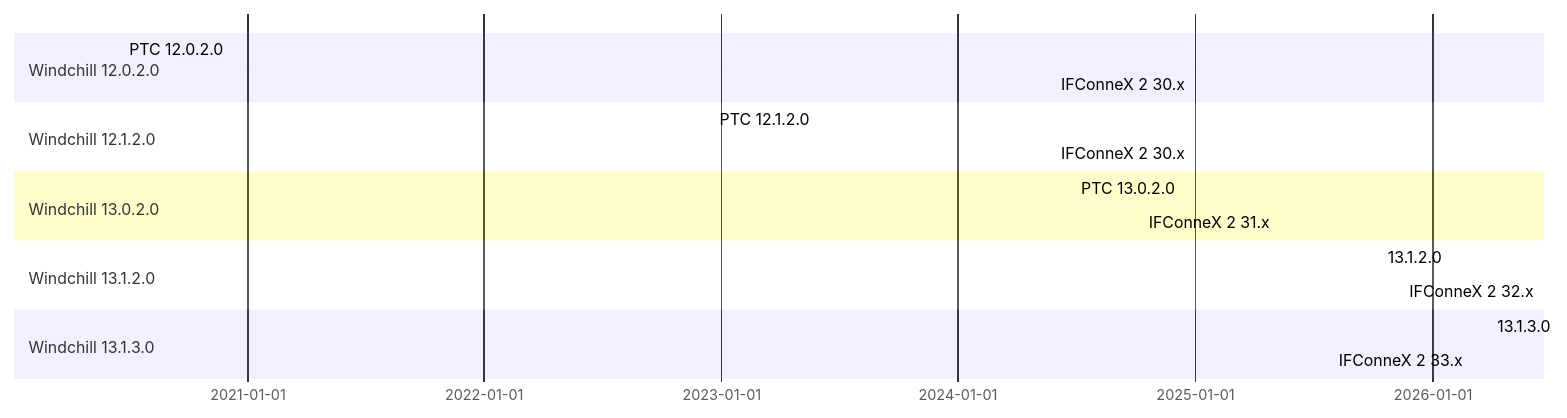
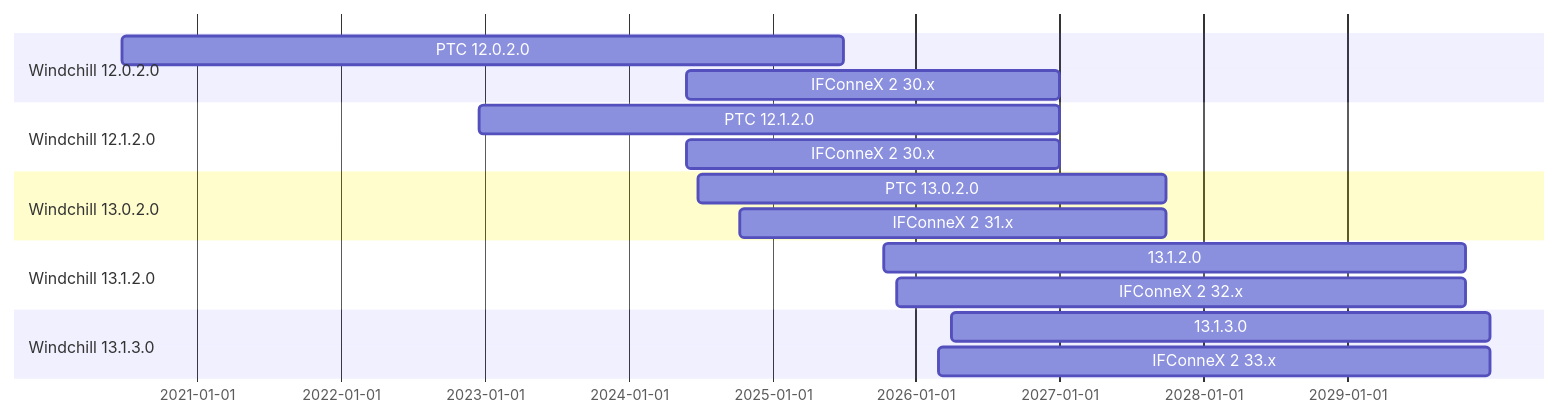
One commit to kendid/text-tests changed the fifth of 5 diagrams in README.md. Above: the diagram before and after it, drawn with Mermaid.

Commit message:
date format

````diff
--- a/README.md
+++ b/README.md
@@ -105,22 +105,24 @@
 ```mermaid
 gantt
+    dateFormat YYYY-MM-DD
+
 section Windchill 12.0.2.0
     PTC 12.0.2.0 : 2020-06-23, 2025-06-30
     IFConneX 2 30.x : 2024-05-27, 2026-12-31
 
 section Windchill 12.1.2.0
     PTC 12.1.2.0 : 2022-12-19, 2026-12-31
     IFConneX 2 30.x : 2024-05-27, 2026-12-31
 
 section Windchill 13.0.2.0
     PTC 13.0.2.0 : 2024-06-28, 2027-09-30
     IFConneX 2 31.x : 2024-10-10, 2027-09-30
 
 section Windchill 13.1.2.0
     13.1.2.0 : 2025-10-13, 2029-10-31
     IFConneX 2 32.x : 2025-11-15, 2029-10-31
 
 section Windchill 13.1.3.0
     13.1.3.0 : 2026-03-31, 2029-12-31
     IFConneX 2 33.x : 2026-02-28, 2029-12-31
 ```
````
